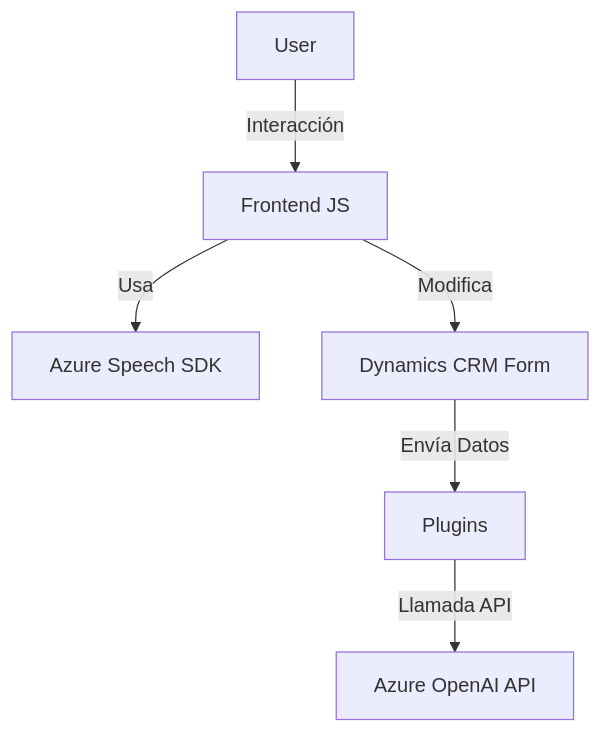
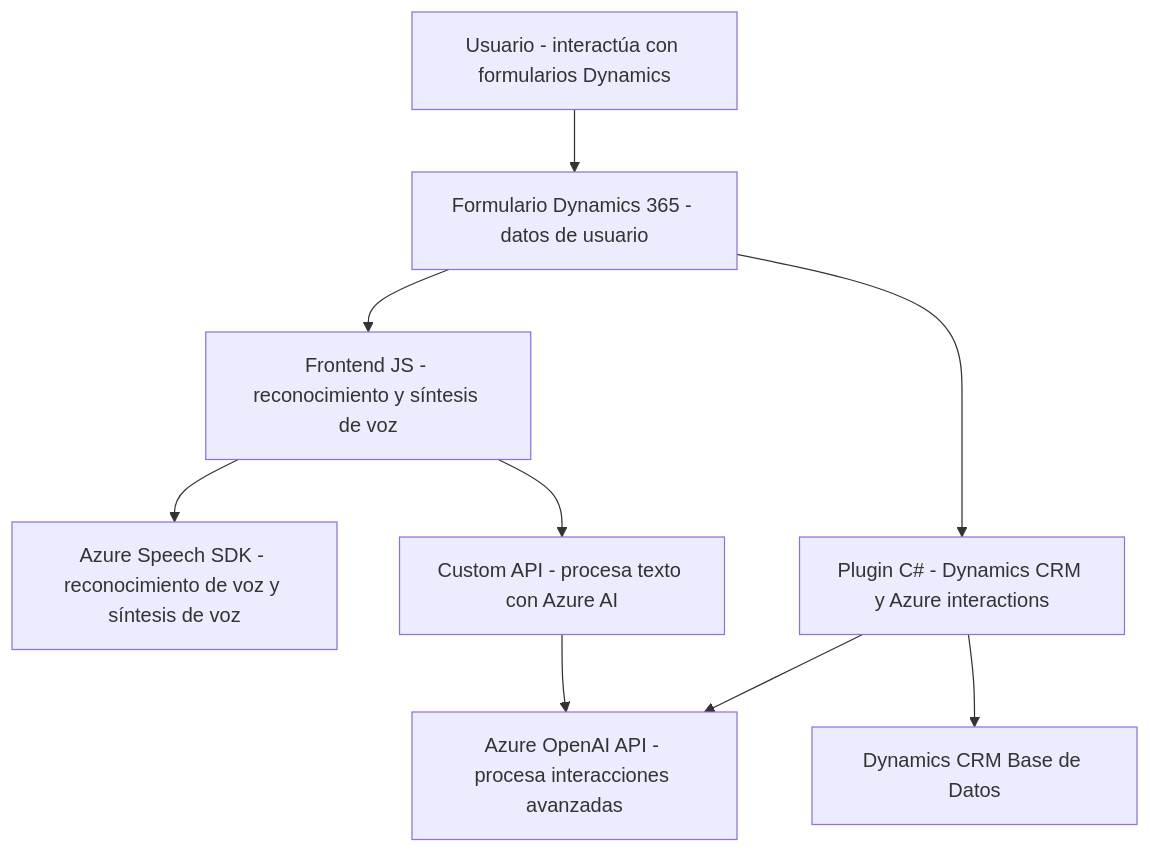
One commit to blopezdm/NETCORE_BILBAO2025 changed the diagram in README.md. Above: the diagram before and after it, drawn with Mermaid. The commit also changed other lines of this file, not shown here.

Commit message:
Actualizar análisis global de la solución con IA

````diff
--- a/README.md
+++ b/README.md
@@ -56,8 +54,20 @@
 ```mermaid
 graph TD
-    A["User"] -->|Interacción| B["Frontend JS"]
-    B -->|Usa| C["Azure Speech SDK"]
-    B -->|Modifica| D["Dynamics CRM Form"]
-    D -->|Envía Datos| E["Plugins"]
-    E -->|Llamada API| F["Azure OpenAI API"]
+    USER["Usuario - interactúa con formularios Dynamics"]
+    FORM["Formulario Dynamics 365 - datos de usuario"]
+    JS["Frontend JS - reconocimiento y síntesis de voz"]
+    AZURE_SDK["Azure Speech SDK - reconocimiento de voz y síntesis de voz"]
+    CUSTOM_API["Custom API - procesa texto con Azure AI"]
+    PLUGIN["Plugin C# - Dynamics CRM y Azure interactions"]
+    D365_DB["Dynamics CRM Base de Datos"]
+    AZURE_AI["Azure OpenAI API - procesa interacciones avanzadas"]
+
+    USER --> FORM
+    FORM --> JS
+    JS --> AZURE_SDK
+    JS --> CUSTOM_API
+    CUSTOM_API --> AZURE_AI
+    FORM --> PLUGIN
+    PLUGIN --> AZURE_AI
+    PLUGIN --> D365_DB
 ```
````
